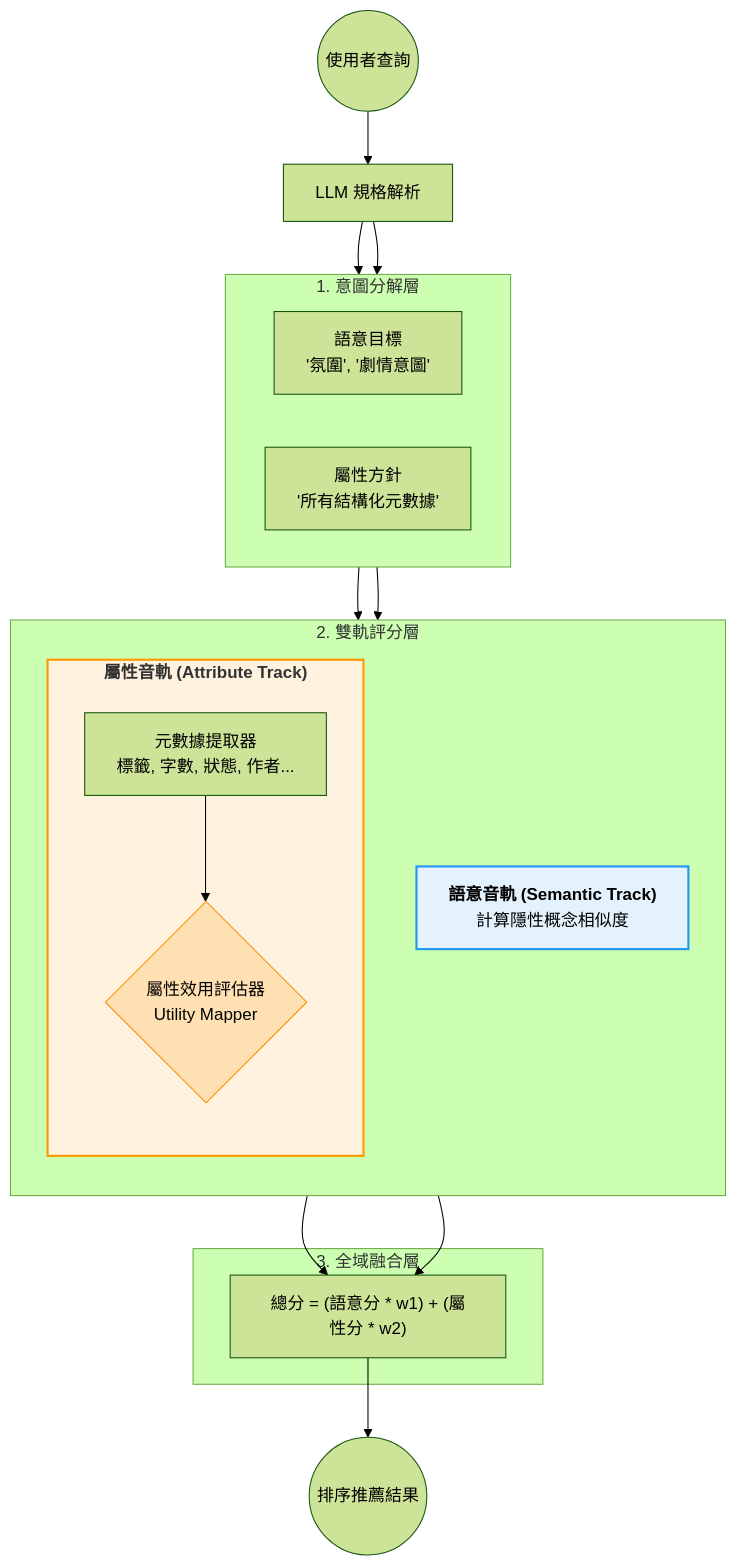
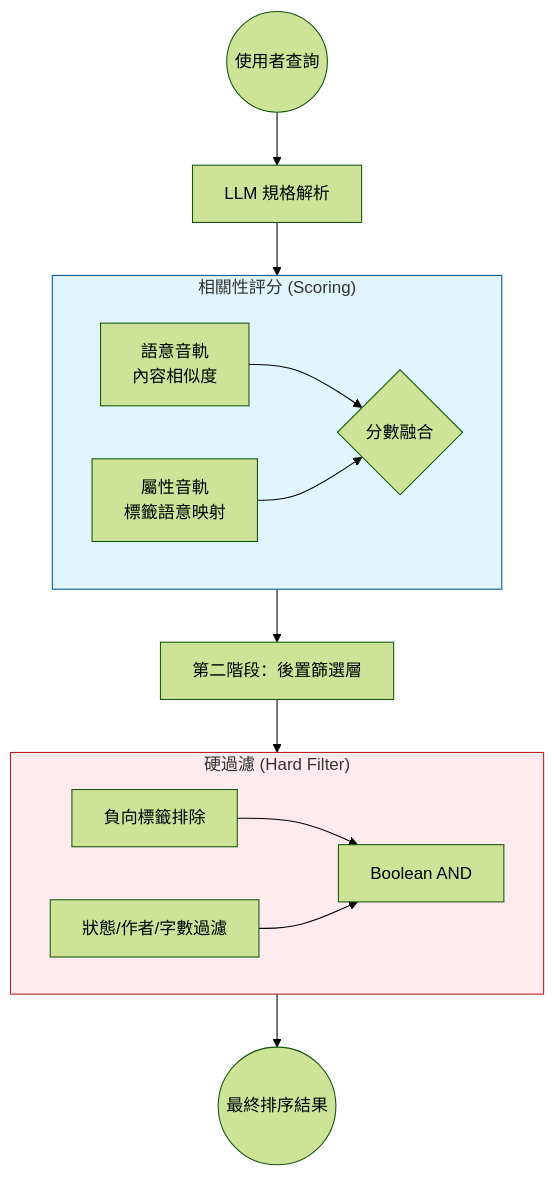
Before and after one commit to wangicheng/hybrid-reasoner: the diagram in docs/experiments/tag_processing.md, drawn with Mermaid (forest theme). The commit also changed other lines of this file and 11 other files, not shown here.

````diff
--- a/docs/experiments/tag_processing.md
+++ b/docs/experiments/tag_processing.md
@@ -10,41 +14,28 @@
 ```mermaid
 graph TD
     UserQuery((使用者查詢)) --> Parser[LLM 規格解析]
+    Parser --> Scorer[第一階段：雙軌相關性評分]
     
-    subgraph Decomp [1. 意圖分解層]
+    subgraph Scorer ["相關性評分 (Scoring)"]
         direction LR
-        S_Goal[語意目標<br/>'氛圍', '劇情意圖']
-        A_Goal[屬性方針<br/>'所有結構化元數據']
+        T1[語意音軌<br/>內容相似度]
+        T2[屬性音軌<br/>標籤語意映射]
+        Fusion{分數融合}
+        T1 --> Fusion
+        T2 --> Fusion
     end
     
-    Parser --> S_Goal
-    Parser --> A_Goal
+    Scorer --> Filter[第二階段：後置篩選層]
     
-    subgraph Scorer [2. 雙軌評分層]
-        direction TB
-        Track1["<b>語意音軌 (Semantic Track)</b><br/>計算隱性概念相似度"]
-        
-        subgraph Track2 ["<b>屬性音軌 (Attribute Track)</b>"]
-            direction TB
-            A_Process[元數據提取器<br/>標籤, 字數, 狀態, 作者...]
-            U_Mapper{屬性效用評估器<br/>Utility Mapper}
-            A_Process --> U_Mapper
-        end
+    subgraph PostFilter ["硬過濾 (Hard Filter)"]
+        F1[負向標籤排除]
+        F2[狀態/作者/字數過濾]
+        F1 & F2 --> Combine[Boolean AND]
     end
     
-    S_Goal --> Track1
-    A_Goal --> U_Mapper
-    
-    subgraph Fusion [3. 全域融合層]
-        Final["總分 = (語意分 * w1) + (屬性分 * w2)"]
-    end
-    
-    Track1 --> Final
-    U_Mapper --> Final
-    
-    Final --> Result((排序推薦結果))
+    Filter --> PostFilter
+    PostFilter --> Result((最終排序結果))
 
-    style Track2 fill:#fff3e0,stroke:#ff9800,stroke-width:2px
-    style Track1 fill:#e3f2fd,stroke:#2196f3,stroke-width:2px
-    style U_Mapper fill:#ffe0b2,stroke:#fb8c00
+    style Scorer fill:#e1f5fe,stroke:#01579b
+    style PostFilter fill:#ffebee,stroke:#b71c1c
 ```
````
